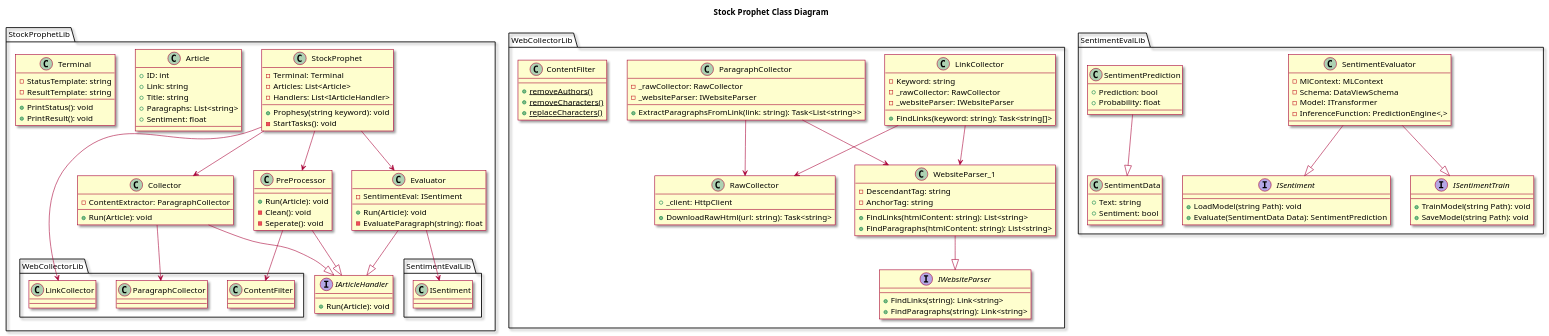
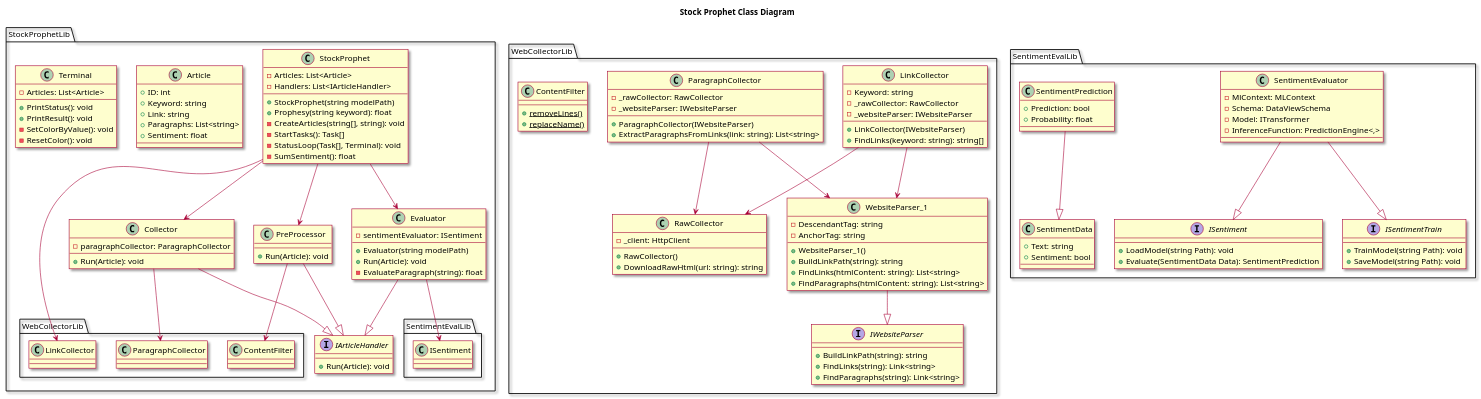
Before and after one commit to Ifi-Softwareentwicklung-SoSe2023/TUBAF_SE-Project_StockProphet: the diagram in doc/classDiagram.plantuml, drawn with PlantUML. The commit also changed 2 other files, not shown here.

Commit message:
Update project diagrams

```diff
--- a/doc/classDiagram.plantuml
+++ b/doc/classDiagram.plantuml
@@ -1,155 +1,162 @@
 @startuml Project Model Class Diagram
 
 skin rose
 
 title Stock Prophet Class Diagram
 
 
 package StockProphetLib {
 
     class StockProphet {
-        -Terminal: Terminal
         -Articles: List<Article>
         -Handlers: List<IArticleHandler>
-        +Prophesy(string keyword): void
-        -StartTasks(): void
+        +StockProphet(string modelPath)
+        +Prophesy(string keyword): float
+        -CreateArticles(string[], string): void
+        -StartTasks(): Task[]
+        -StatusLoop(Task[], Terminal): void
+        -SumSentiment(): float
     }
     StockProphet --> WebCollectorLib.LinkCollector
     StockProphet --> Collector
     StockProphet --> PreProcessor
     StockProphet --> Evaluator
     
 
     interface IArticleHandler {
         +Run(Article): void
     }
 
 
     class Collector {
-        -ContentExtractor: ParagraphCollector
+        -paragraphCollector: ParagraphCollector
         +Run(Article): void
     }
     Collector --|> IArticleHandler
     Collector --> WebCollectorLib.ParagraphCollector
     
 
     class PreProcessor {
         +Run(Article): void
-        -Clean(): void
-        -Seperate(): void
     }
     PreProcessor --|> IArticleHandler
     PreProcessor --> WebCollectorLib.ContentFilter
 
 
     class Evaluator {
-        -SentimentEval: ISentiment
+        -sentimentEvaluator: ISentiment
+        +Evaluator(string modelPath)
         +Run(Article): void
         -EvaluateParagraph(string): float
     }
     Evaluator --|> IArticleHandler
     Evaluator --> SentimentEvalLib.ISentiment
 
 
     class Article {
         +ID: int
+        +Keyword: string
         +Link: string
-        +Title: string
         +Paragraphs: List<string>
         +Sentiment: float
     }
 
 
     class Terminal {
-        -StatusTemplate: string
+        -Articles: List<Article>
         +PrintStatus(): void
-        -ResultTemplate: string
         +PrintResult(): void
+        -SetColorByValue(): void
+        -ResetColor(): void
     }
 }
 
 
 package WebCollectorLib 
 {
     class LinkCollector {
         -Keyword: string
-        - _rawCollector: RawCollector
-        - _websiteParser: IWebsiteParser
-        +FindLinks(keyword: string): Task<string[]>
+        -_rawCollector: RawCollector
+        -_websiteParser: IWebsiteParser
+        +LinkCollector(IWebsiteParser)
+        +FindLinks(keyword: string): string[]
     }
     LinkCollector --> RawCollector
     LinkCollector --> WebsiteParser_1
 
 
     class ParagraphCollector {
         -_rawCollector: RawCollector
         -_websiteParser: IWebsiteParser
-        +ExtractParagraphsFromLink(link: string): Task<List<string>>
+        +ParagraphCollector(IWebsiteParser)
+        +ExtractParagraphsFromLinks(link: string): List<string>
     }
     ParagraphCollector --> RawCollector
     ParagraphCollector --> WebsiteParser_1
 
 
     class RawCollector {
-      +_client: HttpClient
-      +DownloadRawHtml(url: string): Task<string>
+      -_client: HttpClient
+      +RawCollector()
+      +DownloadRawHtml(url: string): string
     }
 
 
     interface IWebsiteParser {
+        +BuildLinkPath(string): string
         +FindLinks(string): Link<string>
         +FindParagraphs(string): Link<string>
     }
 
     class WebsiteParser_1 {
         -DescendantTag: string
         -AnchorTag: string
+        +WebsiteParser_1()
+        +BuildLinkPath(string): string
         +FindLinks(htmlContent: string): List<string>
         +FindParagraphs(htmlContent: string): List<string>
     }
     WebsiteParser_1 --|> IWebsiteParser
     
 
     class ContentFilter {
-        {static} +removeAuthors()
-        {static} +removeCharacters()
-        {static} +replaceCharacters()
+        {static} +removeLines()
+        {static} +replaceName()
     }
-
 }
 
 package SentimentEvalLib 
 {
     interface ISentiment {
         +LoadModel(string Path): void
         +Evaluate(SentimentData Data): SentimentPrediction
     }
 
     interface ISentimentTrain {
         +TrainModel(string Path): void
         +SaveModel(string Path): void
     }
     
     class SentimentEvaluator {
         -MlContext: MLContext
         -Schema: DataViewSchema
         -Model: ITransformer
         -InferenceFunction: PredictionEngine<,>
     }
     SentimentEvaluator --|> ISentiment
     SentimentEvaluator --|> ISentimentTrain
 
     class SentimentData {
         +Text: string
         +Sentiment: bool
     }
 
     class SentimentPrediction {
         +Prediction: bool
         +Probability: float
     }
     SentimentPrediction --|> SentimentData
 }
 
 
 @enduml
```
